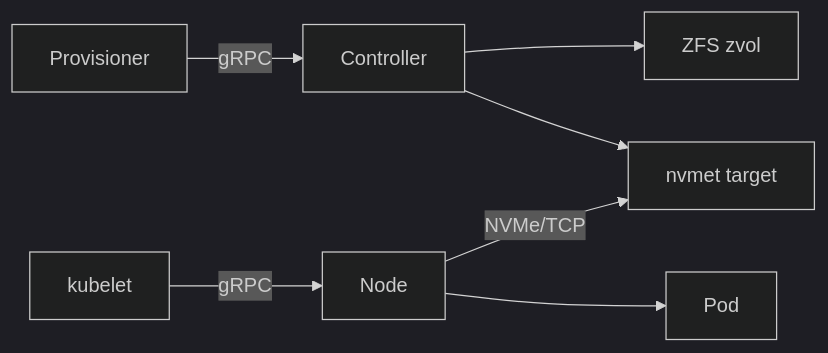
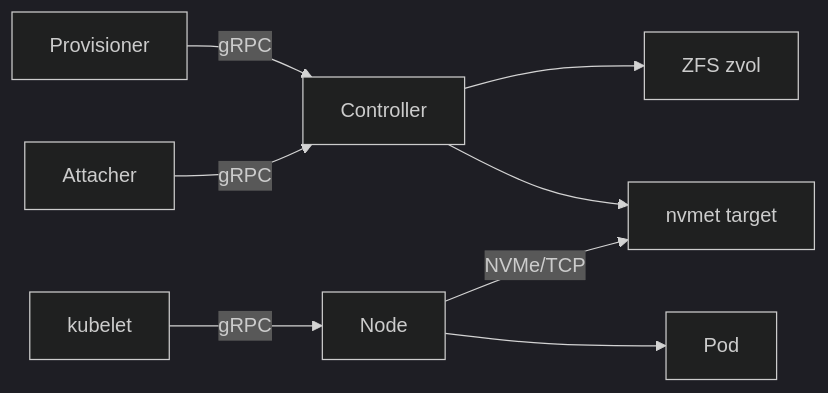
Before and after one commit to timpa0130/nvmeof-csi: the first of 2 diagrams in design/architecture.md, drawn with Mermaid (dark theme). The commit also changed other lines of this file and 14 other files, not shown here.

````diff
--- a/design/architecture.md
+++ b/design/architecture.md
@@ -37,9 +38,10 @@
 ```mermaid
 flowchart LR
     EP["Provisioner"] -->|"gRPC"| CTRL["Controller"]
+    AT["Attacher"] -->|"gRPC"| CTRL
     CTRL --> ZFS["ZFS zvol"]
     CTRL --> NVMET["nvmet target"]
     KUBELET["kubelet"] -->|"gRPC"| NODE["Node"]
     NODE -->|"NVMe/TCP"| NVMET
     NODE --> POD["Pod"]
 ```
````
